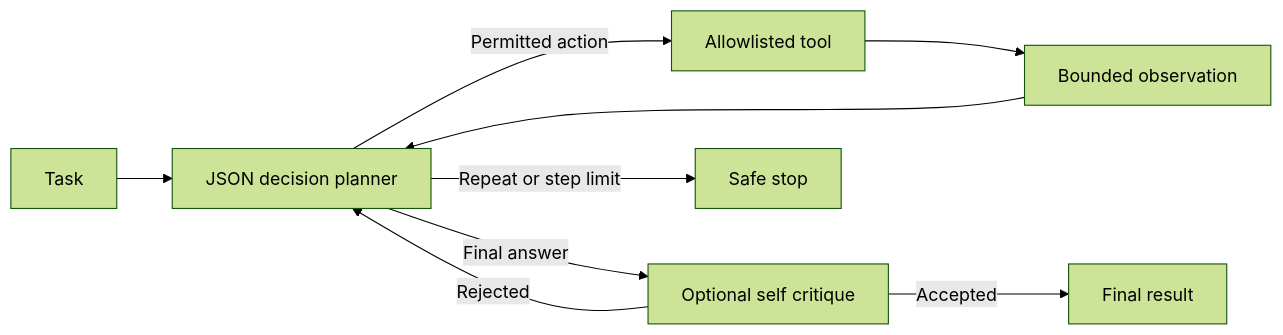
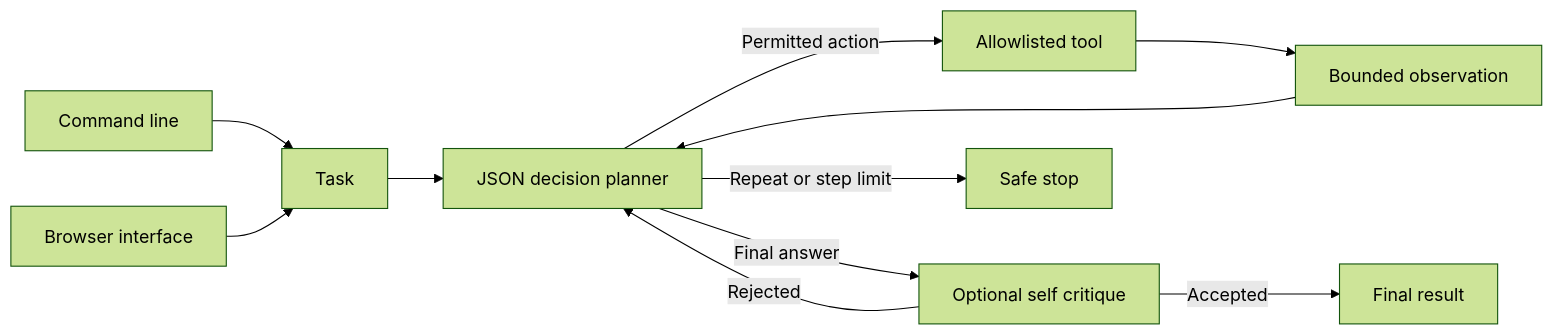
The diagram in README.md (kh-bikash/react-planning-agent), drawn with Mermaid (forest theme) before and after one commit. The commit also changed other lines of this file and 11 other files, not shown here.

Commit message:
Ship runnable CLI and browser product

````diff
--- a/README.md
+++ b/README.md
@@ -39,11 +41,13 @@
 ```mermaid
 flowchart LR
+    CLI[Command line] --> Task
+    Browser[Browser interface] --> Task
     Task[Task] --> Planner[JSON decision planner]
     Planner -->|Permitted action| Tool[Allowlisted tool]
     Tool --> Observation[Bounded observation]
     Observation --> Planner
     Planner -->|Final answer| Critic[Optional self critique]
     Critic -->|Rejected| Planner
     Critic -->|Accepted| Result[Final result]
     Planner -->|Repeat or step limit| Stop[Safe stop]
 ```
````
